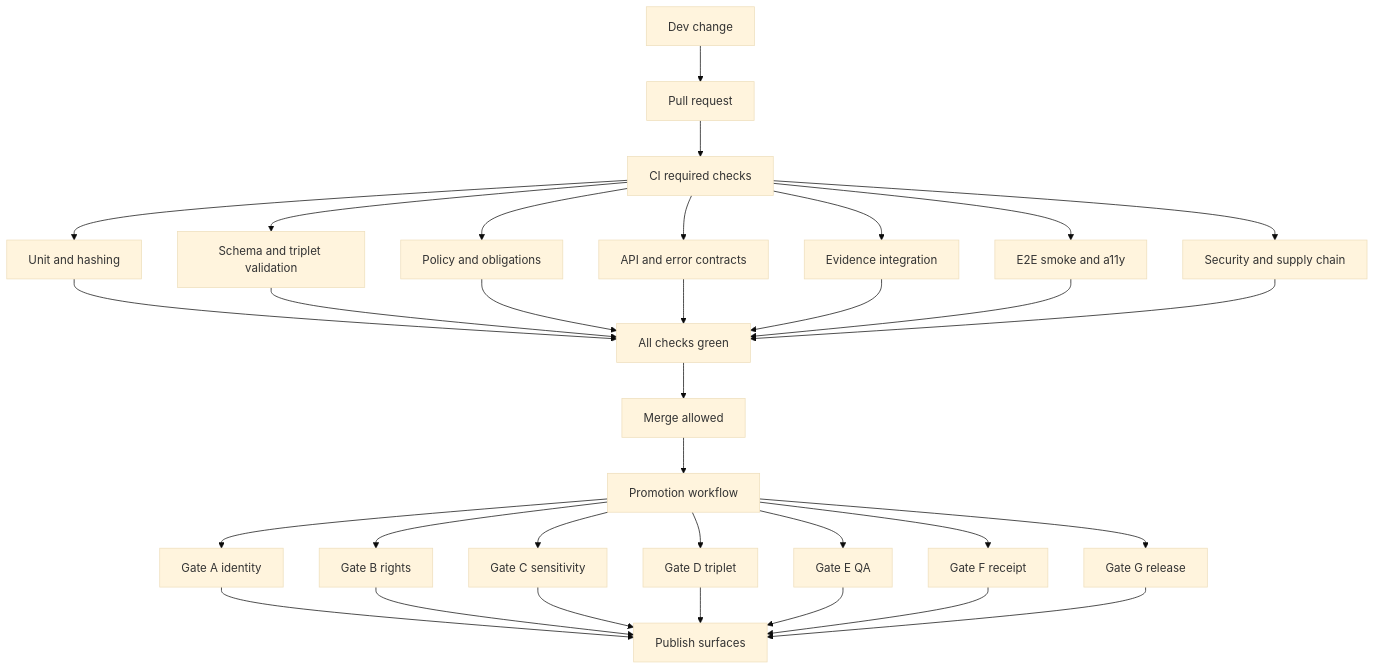
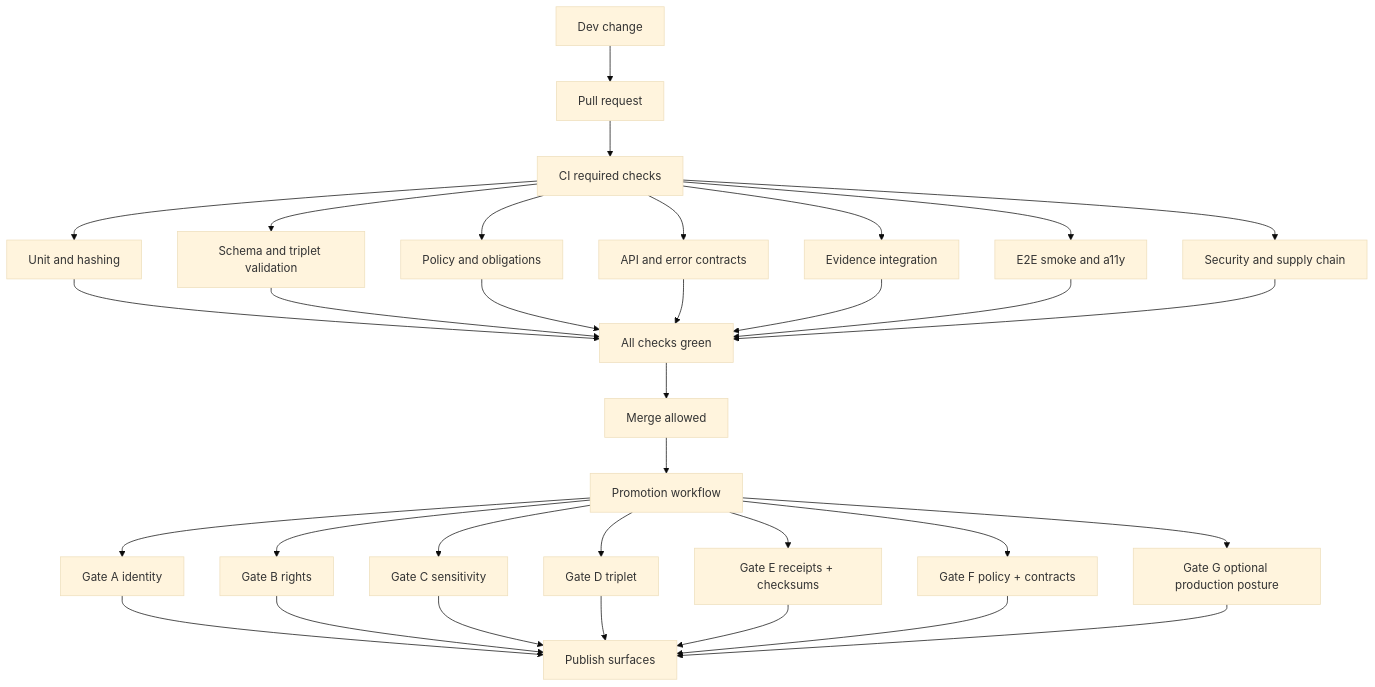
Before and after one commit to bartytime4life/Kansas-Frontier-Matrix: the diagram in tests/README.md, drawn with Mermaid (base theme). The commit also changed other lines of this file, not shown here.

````diff
--- a/tests/README.md
+++ b/tests/README.md
@@ -605,40 +649,40 @@
 ```mermaid
 flowchart TD
   Dev[Dev change] --> PR[Pull request]
   PR --> CI[CI required checks]
 
   CI --> Unit[Unit and hashing]
   CI --> Schema[Schema and triplet validation]
   CI --> Policy[Policy and obligations]
   CI --> Contract[API and error contracts]
   CI --> Integration[Evidence integration]
   CI --> E2E[E2E smoke and a11y]
   CI --> Security[Security and supply chain]
 
   Unit --> Green[All checks green]
   Schema --> Green
   Policy --> Green
   Contract --> Green
   Integration --> Green
   E2E --> Green
   Security --> Green
 
   Green --> Merge[Merge allowed]
   Merge --> Promote[Promotion workflow]
 
   Promote --> GateA[Gate A identity]
   Promote --> GateB[Gate B rights]
   Promote --> GateC[Gate C sensitivity]
   Promote --> GateD[Gate D triplet]
-  Promote --> GateE[Gate E QA]
-  Promote --> GateF[Gate F receipt]
-  Promote --> GateG[Gate G release]
+  Promote --> GateE[Gate E receipts + checksums]
+  Promote --> GateF[Gate F policy + contracts]
+  Promote --> GateG[Gate G optional production posture]
 
   GateA --> Publish[Publish surfaces]
   GateB --> Publish
   GateC --> Publish
   GateD --> Publish
   GateE --> Publish
   GateF --> Publish
   GateG --> Publish
 ```
````
